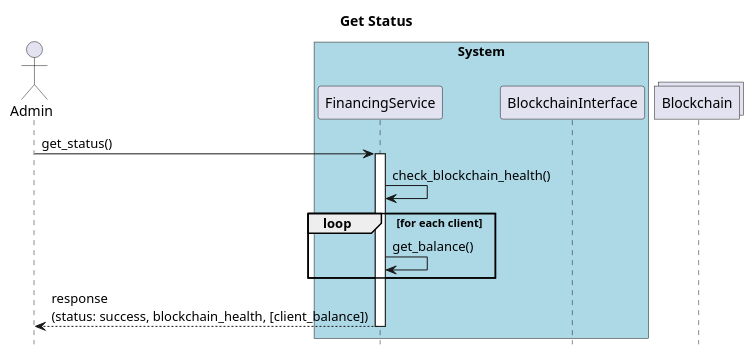
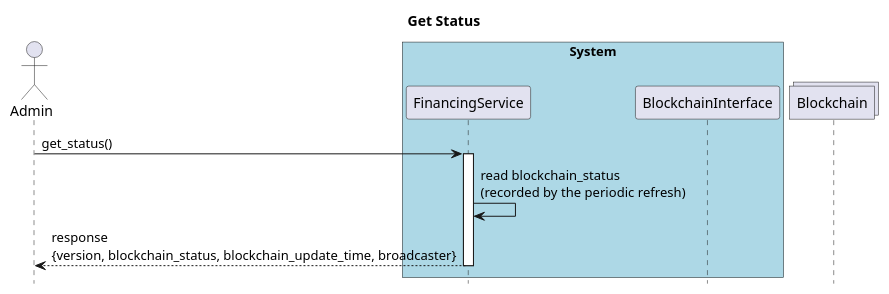
One commit to nchain-innovation/financing-service changed the diagram in docs/diagrams/get-status.puml. Above: the diagram before and after it, drawn with PlantUML. The commit also changed 22 other files, not shown here.

```diff
--- a/docs/diagrams/get-status.puml
+++ b/docs/diagrams/get-status.puml
@@ -1,26 +1,21 @@
 @startuml
 title Get Status
 hide footbox
 actor Admin as C
 box "System" #lightblue
 
     participant FinancingService as FS
     participant BlockchainInterface as BS
 end box
 
 Collections Blockchain
 
 
 C -> FS: get_status()
 activate FS
-FS -> FS: check_blockchain_health()
+FS -> FS: read blockchain_status\n(recorded by the periodic refresh)
 
-
-loop for each client
-    FS -> FS: get_balance()
-end
-
-FS --> C: response\n(status: success, blockchain_health, [client_balance])
+FS --> C: response\n{version, blockchain_status, blockchain_update_time, broadcaster}
 deactivate FS
 
 @enduml
```
